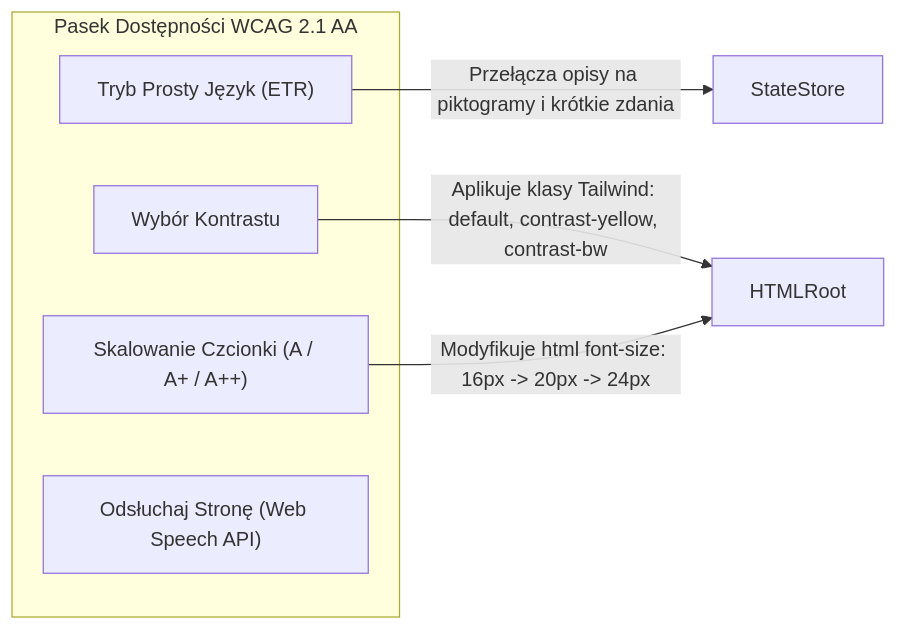
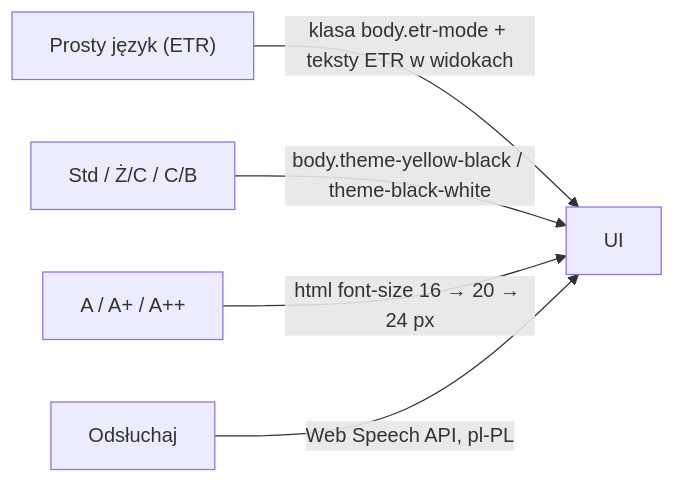
The diagram in docs/wcag_compliance.md (Drop-the-Base/malopolski-hub-2026), drawn with Mermaid before and after one commit. The commit also changed other lines of this file and 7 other files, not shown here.

````diff
--- a/docs/wcag_compliance.md
+++ b/docs/wcag_compliance.md
@@ -13,13 +12,7 @@
 ```mermaid
 graph LR
-    subgraph PasekDostepnosci [Pasek Dostępności WCAG 2.1 AA]
-        ETRBtn["Tryb Prosty Język (ETR)"]
-        ContrastToggle["Wybór Kontrastu"]
-        FontScaler["Skalowanie Czcionki (A / A+ / A++)"]
-        AudioReader["Odsłuchaj Stronę (Web Speech API)"]
-    end
-
-    ETRBtn -->|Przełącza opisy na piktogramy i krótkie zdania| StateStore
-    ContrastToggle -->|Aplikuje klasy Tailwind: default, contrast-yellow, contrast-bw| HTMLRoot
-    FontScaler -->|Modyfikuje html font-size: 16px -> 20px -> 24px| HTMLRoot
+    ETR["Prosty język (ETR)"] -->|klasa body.etr-mode + teksty ETR w widokach| UI
+    Kontrast["Std / Ż/C / C/B"] -->|body.theme-yellow-black / theme-black-white| UI
+    Tekst["A / A+ / A++"] -->|html font-size 16 → 20 → 24 px| UI
+    Mowa["Odsłuchaj"] -->|Web Speech API, pl-PL| UI
 ```
````
